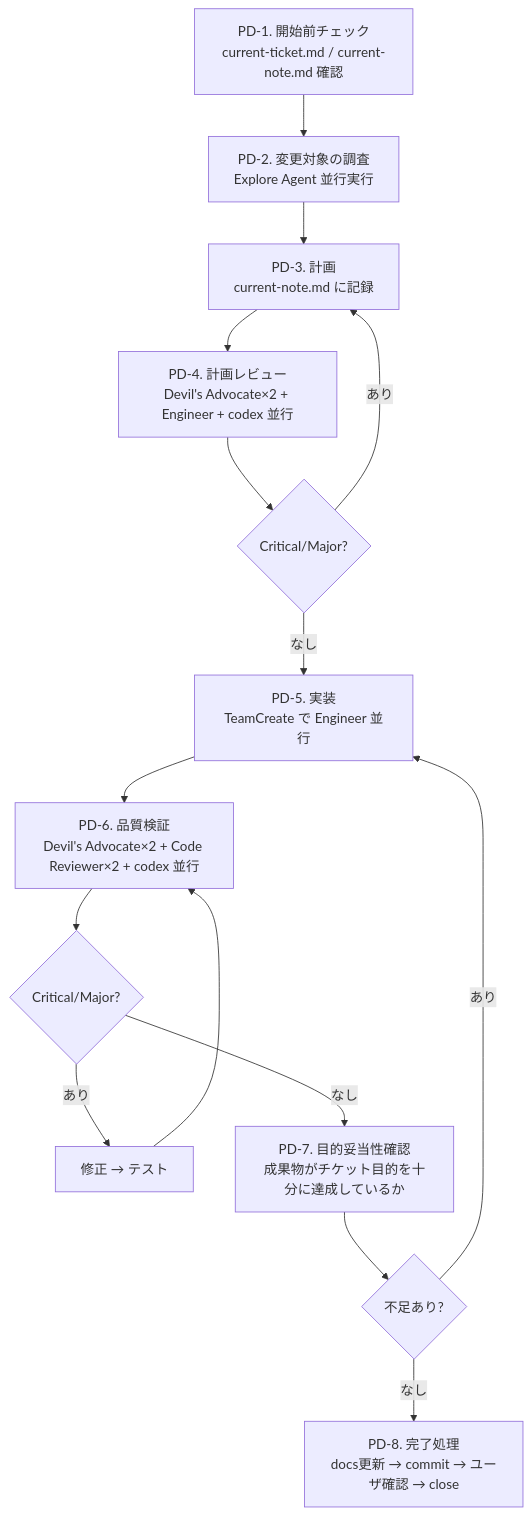
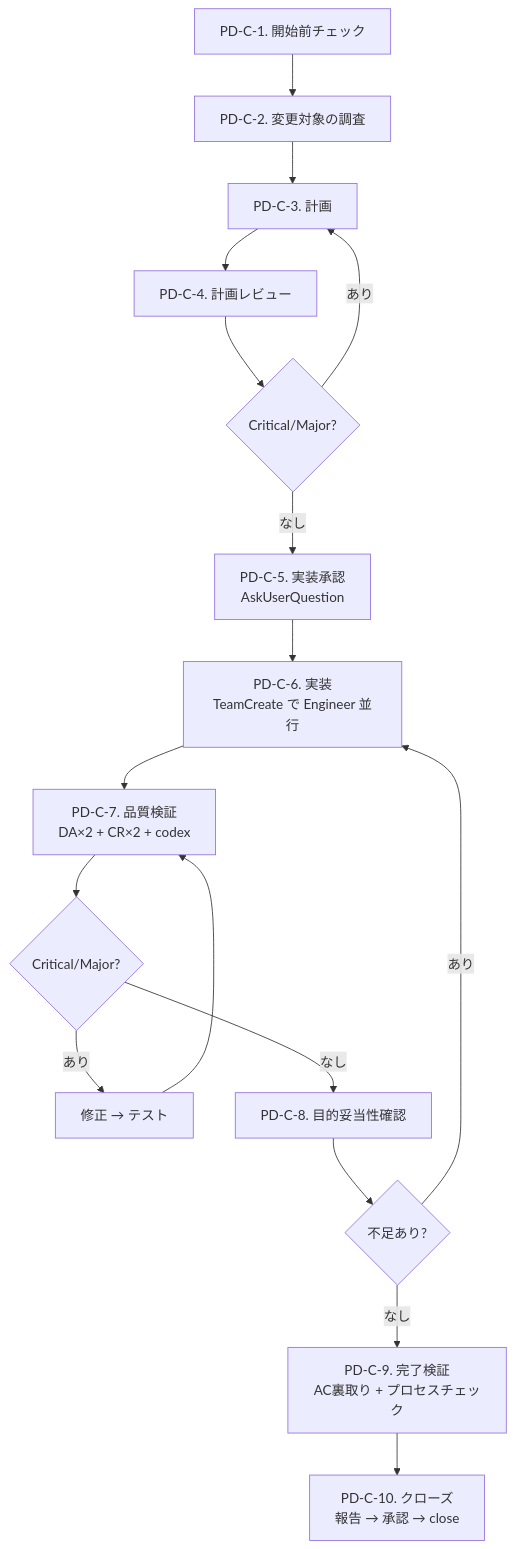
Before and after one commit to masuidrive/pdh: the second of 3 diagrams in skills/pdh-dev/SKILL.md, drawn with Mermaid. The commit also changed other lines of this file and 1 other file, not shown here.

````diff
--- a/skills/pdh-dev/SKILL.md
+++ b/skills/pdh-dev/SKILL.md
@@ -50,17 +70,19 @@
 ```mermaid
 flowchart TD
-    PD1["PD-1. 開始前チェック<br/>current-ticket.md / current-note.md 確認"] --> PD2
-    PD2["PD-2. 変更対象の調査<br/>Explore Agent 並行実行"] --> PD3
-    PD3["PD-3. 計画<br/>current-note.md に記録"] --> PD4
-    PD4["PD-4. 計画レビュー<br/>Devil's Advocate×2 + Engineer + codex 並行"] --> PD4q{"Critical/Major?"}
-    PD4q -- "あり" --> PD3
-    PD4q -- "なし" --> PD5
-    PD5["PD-5. 実装<br/>TeamCreate で Engineer 並行"] --> PD6
-    PD6["PD-6. 品質検証<br/>Devil's Advocate×2 + Code Reviewer×2 + codex 並行"] --> PD6q{"Critical/Major?"}
-    PD6q -- "あり" --> PD6fix["修正 → テスト"] --> PD6
-    PD6q -- "なし" --> PD7
-    PD7["PD-7. 目的妥当性確認<br/>成果物がチケット目的を十分に達成しているか"] --> PD7q{"不足あり?"}
-    PD7q -- "あり" --> PD5
-    PD7q -- "なし" --> PD8
-    PD8["PD-8. 完了処理<br/>docs更新 → commit → ユーザ確認 → close"]
+    PDC1["PD-C-1. 開始前チェック"] --> PDC2
+    PDC2["PD-C-2. 変更対象の調査"] --> PDC3
+    PDC3["PD-C-3. 計画"] --> PDC4
+    PDC4["PD-C-4. 計画レビュー"] --> PDC4q{"Critical/Major?"}
+    PDC4q -- "あり" --> PDC3
+    PDC4q -- "なし" --> PDC5
+    PDC5["PD-C-5. 実装承認<br/>AskUserQuestion"] --> PDC6
+    PDC6["PD-C-6. 実装<br/>TeamCreate で Engineer 並行"] --> PDC7
+    PDC7["PD-C-7. 品質検証<br/>DA×2 + CR×2 + codex"] --> PDC7q{"Critical/Major?"}
+    PDC7q -- "あり" --> PDC7fix["修正 → テスト"] --> PDC7
+    PDC7q -- "なし" --> PDC8
+    PDC8["PD-C-8. 目的妥当性確認"] --> PDC8q{"不足あり?"}
+    PDC8q -- "あり" --> PDC6
+    PDC8q -- "なし" --> PDC9
+    PDC9["PD-C-9. 完了検証<br/>AC裏取り + プロセスチェック"] --> PDC10
+    PDC10["PD-C-10. クローズ<br/>報告 → 承認 → close"]
 ```
````
